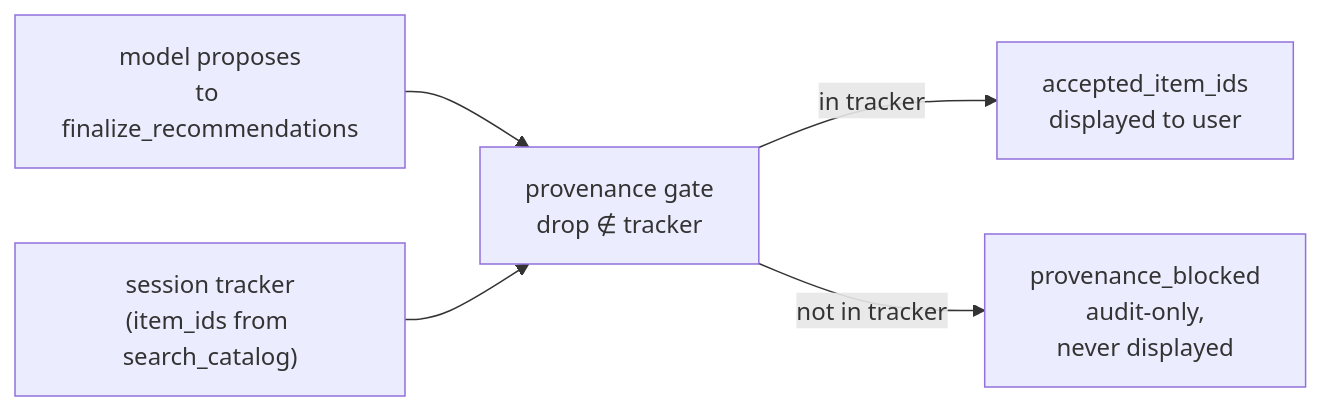
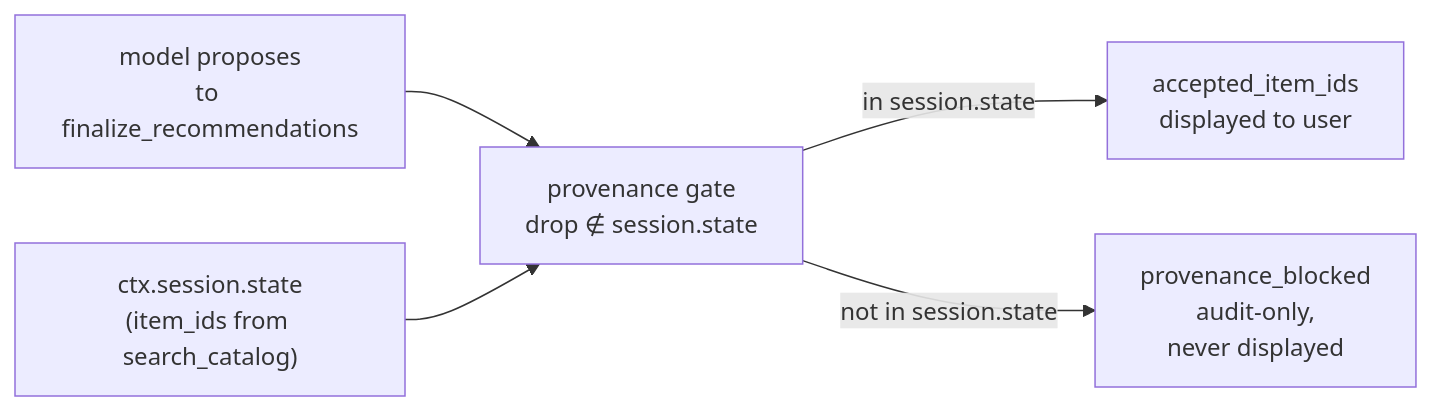
The fifth of 5 diagrams in architecture.md (rajasingh012/retail-concierge), drawn with Mermaid before and after one commit. The commit also changed other lines of this file, not shown here.

First line of the commit message:
docs(architecture): align with session.state refactor and IntroBullet schema

````diff
--- a/architecture.md
+++ b/architecture.md
@@ -164,13 +199,13 @@
 ```mermaid
 flowchart LR
   proposed["model proposes<br/>to finalize_recommendations"]
-  tracker["session tracker<br/>(item_ids from search_catalog)"]
-  gate["provenance gate<br/>drop ∉ tracker"]
+  state["ctx.session.state<br/>(item_ids from search_catalog)"]
+  gate["provenance gate<br/>drop ∉ session.state"]
   accepted["accepted_item_ids<br/>displayed to user"]
   blocked["provenance_blocked<br/>audit-only,<br/>never displayed"]
 
   proposed --> gate
-  tracker --> gate
-  gate -- "in tracker" --> accepted
-  gate -- "not in tracker" --> blocked
+  state --> gate
+  gate -- "in session.state" --> accepted
+  gate -- "not in session.state" --> blocked
 ```
````
